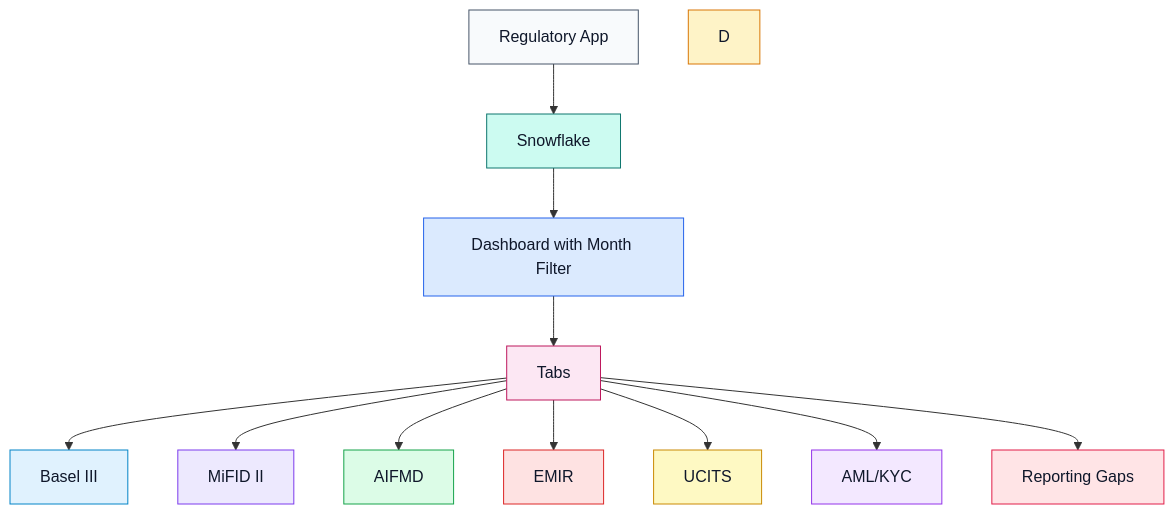
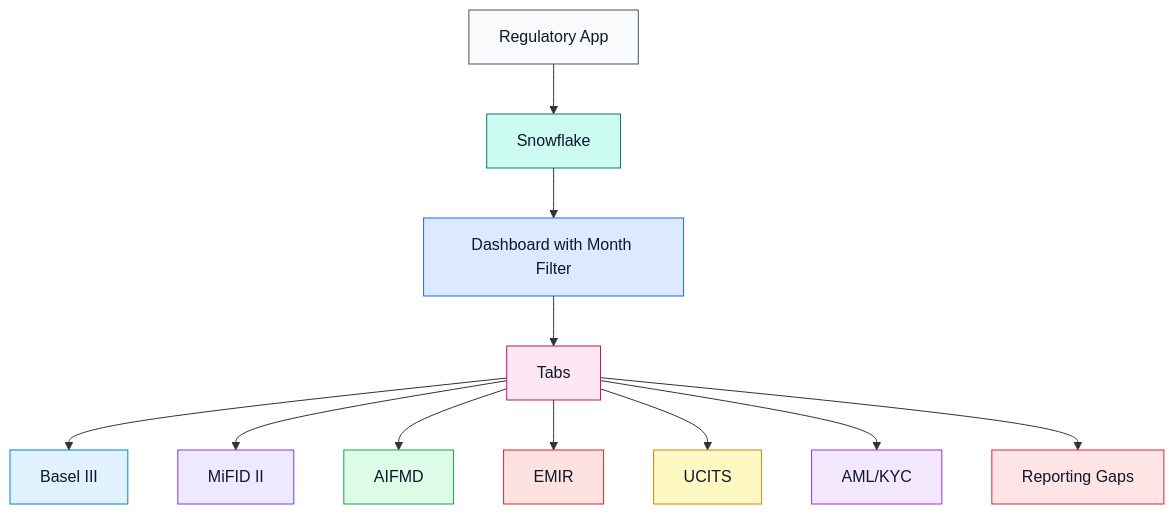
The first of 2 diagrams in README.md (ishantkul86/gcc-sf-coco-rrr), drawn with Mermaid before and after one commit. The commit also changed other lines of this file, not shown here.

````diff
--- a/README.md
+++ b/README.md
@@ -96,24 +99,23 @@
 ```mermaid
 flowchart TB
     A[Regulatory App] --> C[Snowflake] --> B[Dashboard with Month Filter] --> E[Tabs]
     E --> F[Basel III]
     E --> G[MiFID II]
     E --> H[AIFMD]
     E --> I[EMIR]
     E --> J[UCITS]
     E --> K[AML/KYC]
     E --> L[Reporting Gaps]
 
     style A fill:#F8FAFC,stroke:#475569,color:#0F172A
     style C fill:#CCFBF1,stroke:#0F766E,color:#0F172A
     style B fill:#DBEAFE,stroke:#2563EB,color:#0F172A
     style E fill:#FCE7F3,stroke:#BE185D,color:#0F172A
-    style D fill:#FEF3C7,stroke:#D97706,color:#0F172A
     style F fill:#E0F2FE,stroke:#0284C7,color:#0F172A
     style G fill:#EDE9FE,stroke:#7C3AED,color:#0F172A
     style H fill:#DCFCE7,stroke:#16A34A,color:#0F172A
     style I fill:#FEE2E2,stroke:#DC2626,color:#0F172A
     style J fill:#FEF9C3,stroke:#CA8A04,color:#0F172A
     style K fill:#F3E8FF,stroke:#9333EA,color:#0F172A
     style L fill:#FFE4E6,stroke:#E11D48,color:#0F172A
 ```
````
